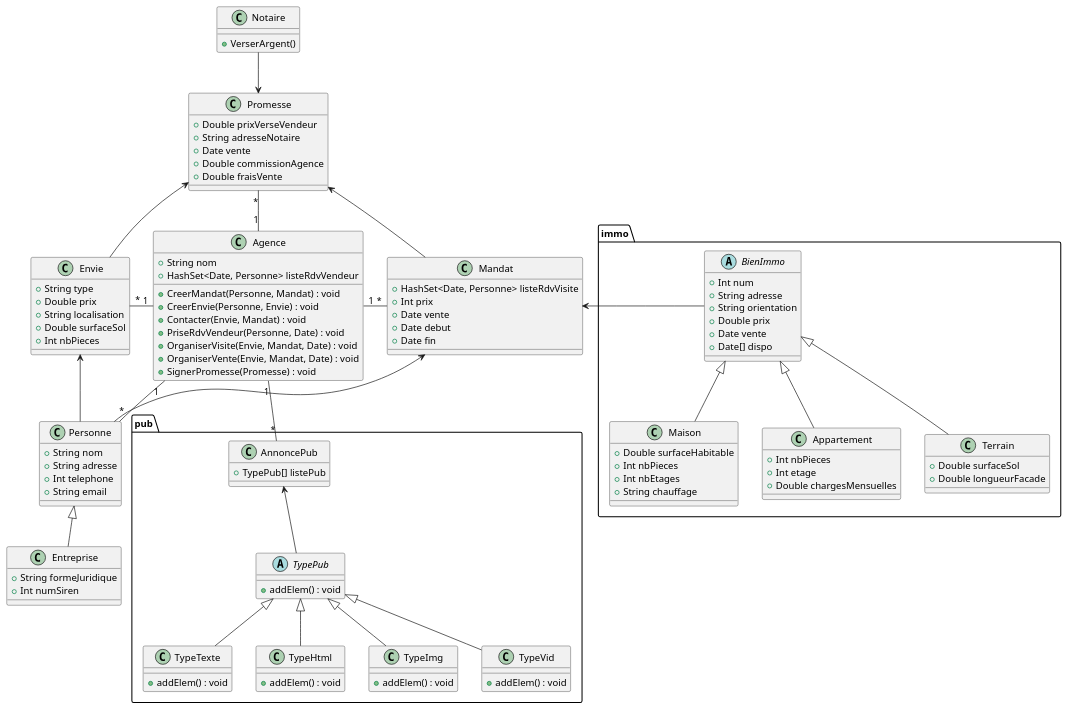
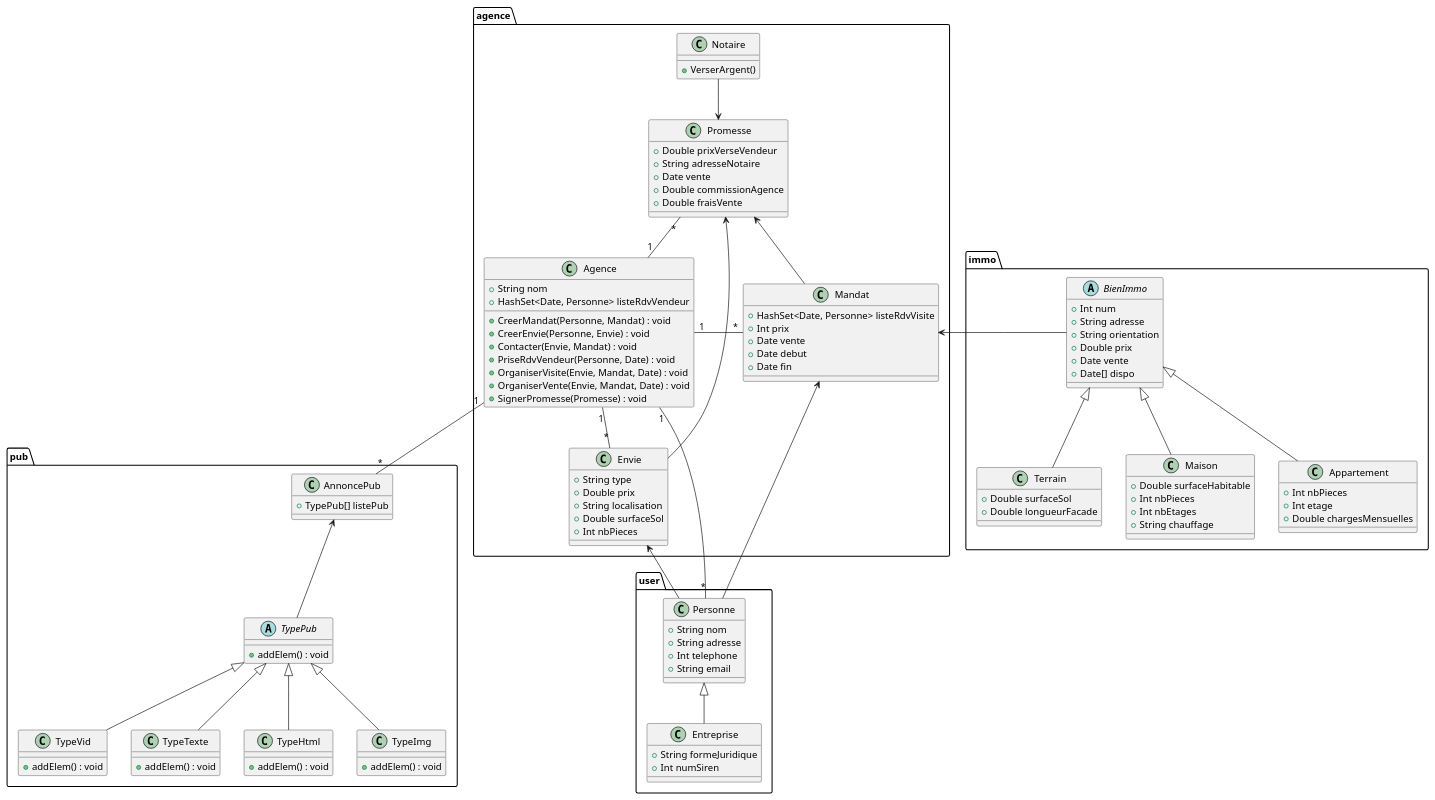
One commit to DenisGuiraudet/MIASHS_UML_PTUT changed the diagram in DOC/UML/diagClass.plantuml. Above: the diagram before and after it, drawn with PlantUML. The commit also changed 5 other files, not shown here.

```diff
--- a/DOC/UML/diagClass.plantuml
+++ b/DOC/UML/diagClass.plantuml
@@ -2,145 +2,153 @@
 @startuml
 
-class Personne {
-  +String nom
-  +String adresse
-  +Int telephone
-  +String email
+package user {
+
+  class Personne {
+    +String nom
+    +String adresse
+    +Int telephone
+    +String email
+  }
+
+  class Entreprise {
+    +String formeJuridique
+    +Int numSiren
+  }
+
+  Entreprise -up-|> Personne
+
 }
 
-class Entreprise {
-  +String formeJuridique
-  +Int numSiren
+package agence {
+
+  class Agence {
+    +String nom
+    +HashSet<Date, Personne> listeRdvVendeur
+    +CreerMandat(Personne, Mandat) : void
+    +CreerEnvie(Personne, Envie) : void
+    +Contacter(Envie, Mandat) : void
+    +PriseRdvVendeur(Personne, Date) : void
+    +OrganiserVisite(Envie, Mandat, Date) : void
+    +OrganiserVente(Envie, Mandat, Date) : void
+    +SignerPromesse(Promesse) : void
+  }
+
+  Personne "*"-up-"1" Agence
+
+  class Envie {
+    +String type
+    +Double prix
+    +String localisation
+    +Double surfaceSol
+    +Int nbPieces
+  }
+
+  class Mandat {
+    +HashSet<Date, Personne> listeRdvVisite
+    +Int prix
+    +Date vente
+    +Date debut
+    +Date fin
+  }
+
+  Agence "1"-left-"*" Mandat
+  Agence "1"--"*" Envie
+
+  Envie <-- Personne
+  Mandat <-- Personne
+
+  class Promesse {
+    +Double prixVerseVendeur
+    +String adresseNotaire
+    +Date vente
+    +Double commissionAgence
+    +Double fraisVente
+  }
+
+  Agence "1"-up-"*" Promesse
+  Mandat -up-> Promesse
+  Envie -up-> Promesse
+
+  class Notaire {
+    +VerserArgent()
+  }
+
+  Notaire -down-> Promesse
+
 }
-
-Entreprise -up-|> Personne
-
-class Agence {
-  +String nom
-  +HashSet<Date, Personne> listeRdvVendeur
-  +CreerMandat(Personne, Mandat) : void
-  +CreerEnvie(Personne, Envie) : void
-  +Contacter(Envie, Mandat) : void
-  +PriseRdvVendeur(Personne, Date) : void
-  +OrganiserVisite(Envie, Mandat, Date) : void
-  +OrganiserVente(Envie, Mandat, Date) : void
-  +SignerPromesse(Promesse) : void
-}
-
-Personne "*"-up-"1" Agence
-
-class Envie {
-  +String type
-  +Double prix
-  +String localisation
-  +Double surfaceSol
-  +Int nbPieces
-}
-
-class Mandat {
-  +HashSet<Date, Personne> listeRdvVisite
-  +Int prix
-  +Date vente
-  +Date debut
-  +Date fin
-}
-
-Agence "1"-right-"*" Mandat
-Agence "1"-left-"*" Envie
-
-Personne -up-> Envie
-Personne -up-> Mandat
-
-class Promesse {
-  +Double prixVerseVendeur
-  +String adresseNotaire
-  +Date vente
-  +Double commissionAgence
-  +Double fraisVente
-}
-
-Agence "1"-up-"*" Promesse
-Mandat -up-> Promesse
-Envie -up-> Promesse
-
-class Notaire {
-  +VerserArgent()
-}
-
-Notaire -down-> Promesse
 
 package pub {
 
   class AnnoncePub {
     +TypePub[] listePub
   }
 
   Agence "1"-down-"*" AnnoncePub
 
   abstract class TypePub {
     +addElem() : void
   }
 
   TypePub -up-> AnnoncePub
 
   class TypeTexte {
     +addElem() : void
   }
 
   class TypeHtml {
     +addElem() : void
   }
 
   class TypeImg {
     +addElem() : void
   }
 
   class TypeVid {
     +addElem() : void
   }
 
   TypeTexte -up-|> TypePub
   TypeHtml -up-|> TypePub
   TypeImg -up-|> TypePub
   TypeVid -up-|> TypePub
 
 }
 
 package immo {
 
   abstract class BienImmo {
     +Int num
     +String adresse
     +String orientation
     +Double prix
     +Date vente
     +Date[] dispo
   }
 
   class Terrain {
     +Double surfaceSol
     +Double longueurFacade
   }
 
   class Maison {
     +Double surfaceHabitable
     +Int nbPieces
     +Int nbEtages
     +String chauffage
   }
 
   class Appartement {
     +Int nbPieces
     +Int etage
     +Double chargesMensuelles
   }
 
   BienImmo -left-> Mandat
 
   Terrain -up-|> BienImmo
   Maison -up-|> BienImmo
   Appartement -up-|> BienImmo
 
 }
 
 @enduml
```
